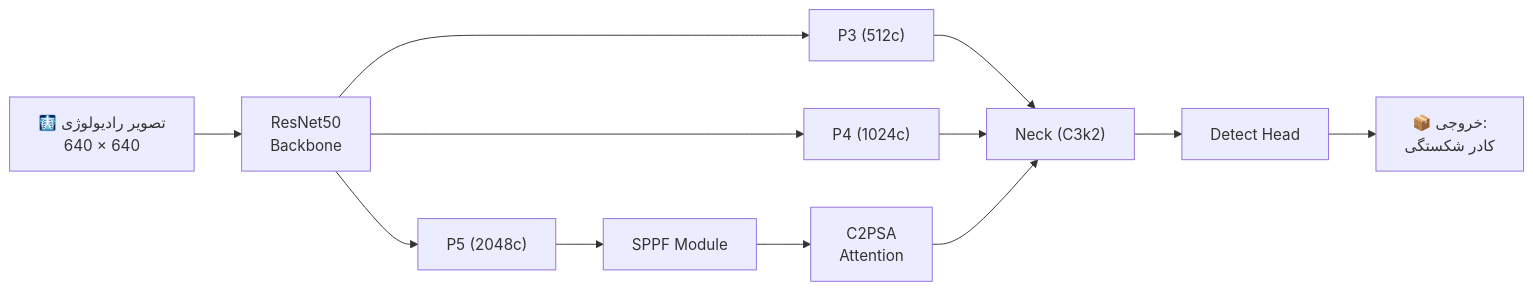
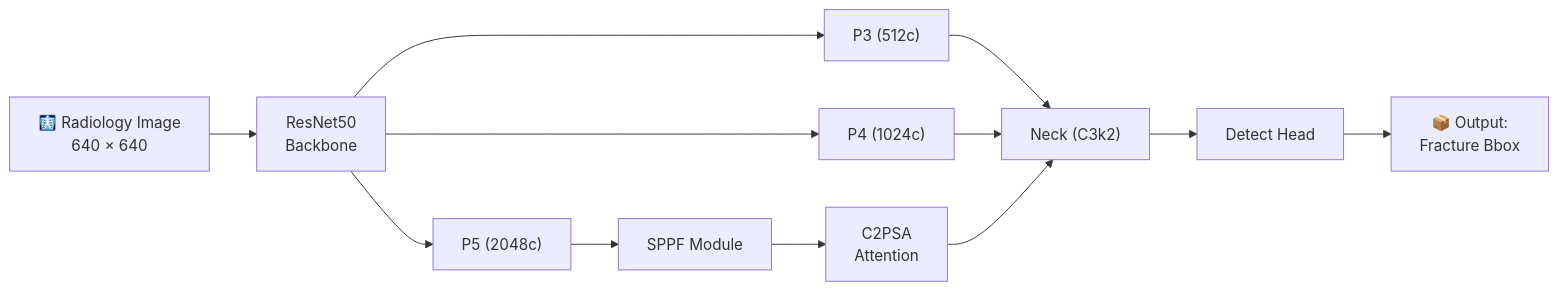
The diagram in README.md (fatmhghyathy1384/distance_esimator), drawn with Mermaid before and after one commit. The commit also changed other lines of this file, not shown here.

````diff
--- a/README.md
+++ b/README.md
@@ -87,15 +91,14 @@
 ```mermaid
 flowchart LR
-    A["🩻 تصویر رادیولوژی<br/>640 × 640"] --> B["ResNet50<br/>Backbone"]
+    A["🩻 Radiology Image<br/>640 × 640"] --> B["ResNet50<br/>Backbone"]
     B --> P3["P3 (512c)"]
     B --> P4["P4 (1024c)"]
     B --> P5["P5 (2048c)"]
     P5 --> S["SPPF Module"]
     S --> C["C2PSA<br/>Attention"]
     P3 --> N["Neck (C3k2)"]
     P4 --> N
     C --> N
     N --> H["Detect Head"]
-    H --> O["📦 خروجی:<br/>کادر شکستگی"]
-
+    H --> O["📦 Output:<br/>Fracture Bbox"]
 ```
````
